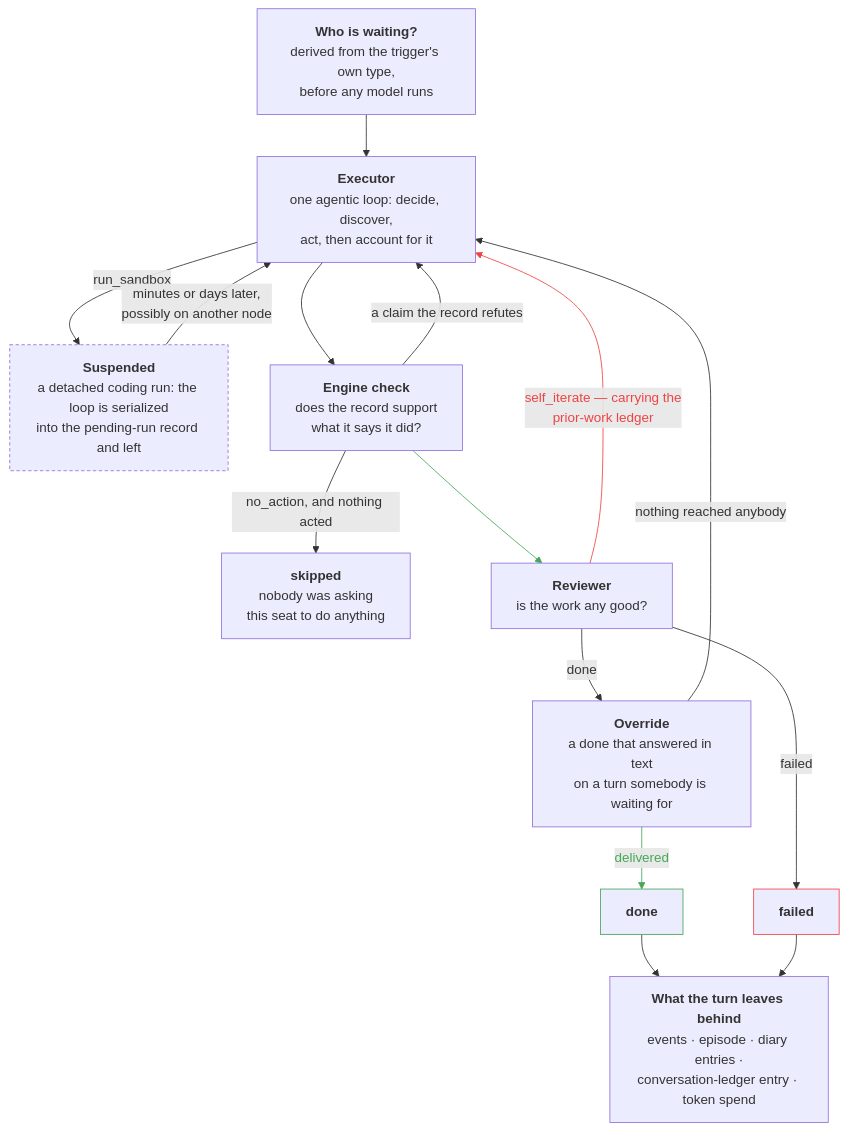
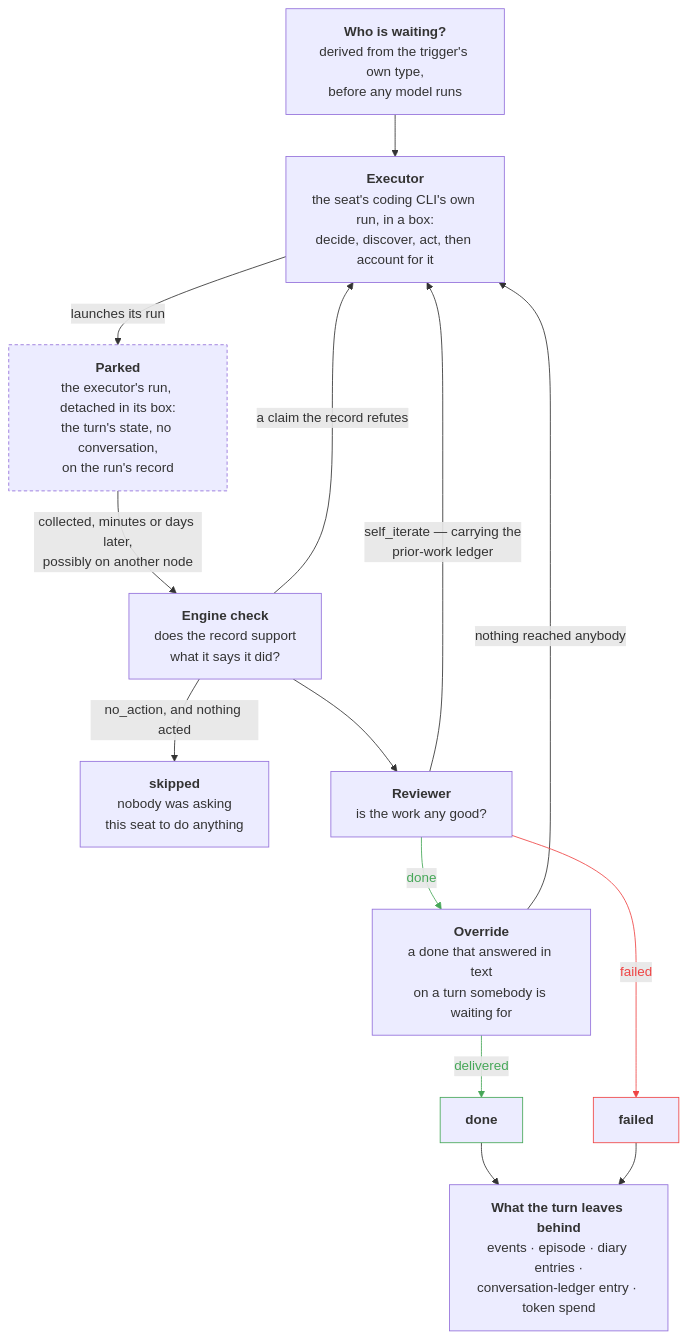
One commit to crewlet/crewlet changed the eighth of 10 diagrams in docs/concepts/architecture.md. Above: the diagram before and after it, drawn with Mermaid. The commit also changed other lines of this file and 23 other files, not shown here.

````diff
--- a/docs/concepts/architecture.md
+++ b/docs/concepts/architecture.md
@@ -459,37 +468,36 @@
 ```mermaid
 flowchart TB
     WHO["<b>Who is waiting?</b><br/>derived from the trigger's own type,<br/>before any model runs"]
-    EXEC["<b>Executor</b><br/>one agentic loop: decide, discover,<br/>act, then account for it"]
-    SUSP["<b>Suspended</b><br/>a detached coding run: the loop is serialized<br/>into the pending-run record and left"]
+    EXEC["<b>Executor</b><br/>the seat's coding CLI's own run, in a box:<br/>decide, discover, act, then account for it"]
+    SUSP["<b>Parked</b><br/>the executor's run, detached in its box:<br/>the turn's state, no conversation,<br/>on the run's record"]
     CHECK["<b>Engine check</b><br/>does the record support<br/>what it says it did?"]
     SKIP["<b>skipped</b><br/>nobody was asking<br/>this seat to do anything"]
     REV["<b>Reviewer</b><br/>is the work any good?"]
     OVER["<b>Override</b><br/>a done that answered in text<br/>on a turn somebody is waiting for"]
     DONE["<b>done</b>"]
     FAIL["<b>failed</b>"]
     AFTER["<b>What the turn leaves behind</b><br/>events · episode · diary entries ·<br/>conversation-ledger entry · token spend"]
 
     WHO --> EXEC
-    EXEC -->|run_sandbox| SUSP
-    SUSP -->|"minutes or days later,<br/>possibly on another node"| EXEC
-    EXEC --> CHECK
+    EXEC -->|"launches its run"| SUSP
+    SUSP -->|"collected, minutes or days later,<br/>possibly on another node"| CHECK
     CHECK -->|"no_action, and nothing acted"| SKIP
     CHECK -->|"a claim the record refutes"| EXEC
     CHECK --> REV
     REV -->|done| OVER
     OVER -->|delivered| DONE
     OVER -->|"nothing reached anybody"| EXEC
     REV -->|"self_iterate — carrying the<br/>prior-work ledger"| EXEC
     REV -->|failed| FAIL
     DONE --> AFTER
     FAIL --> AFTER
 
     DONE:::ok
     FAIL:::danger
     SUSP:::happens
     classDef ok stroke:#46a758
     classDef danger stroke:#ef4444
     classDef happens stroke-dasharray:4 3
-    linkStyle 6,8 stroke:#46a758,color:#46a758
+    linkStyle 6,7 stroke:#46a758,color:#46a758
     linkStyle 10 stroke:#ef4444,color:#ef4444
 ```
````
